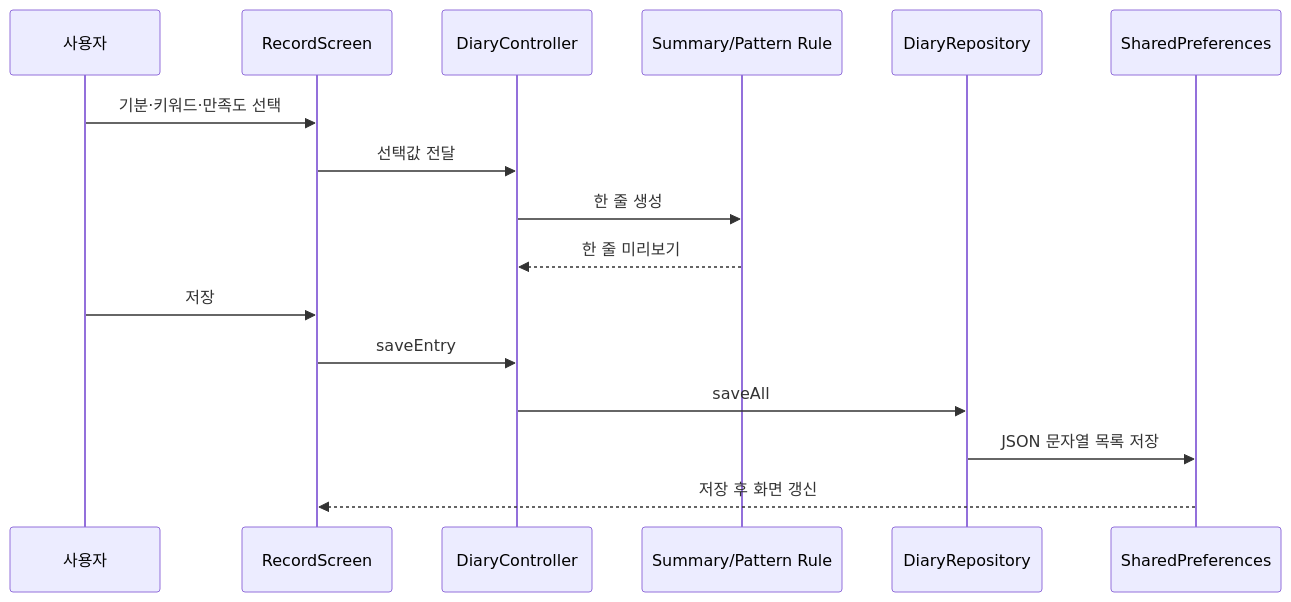
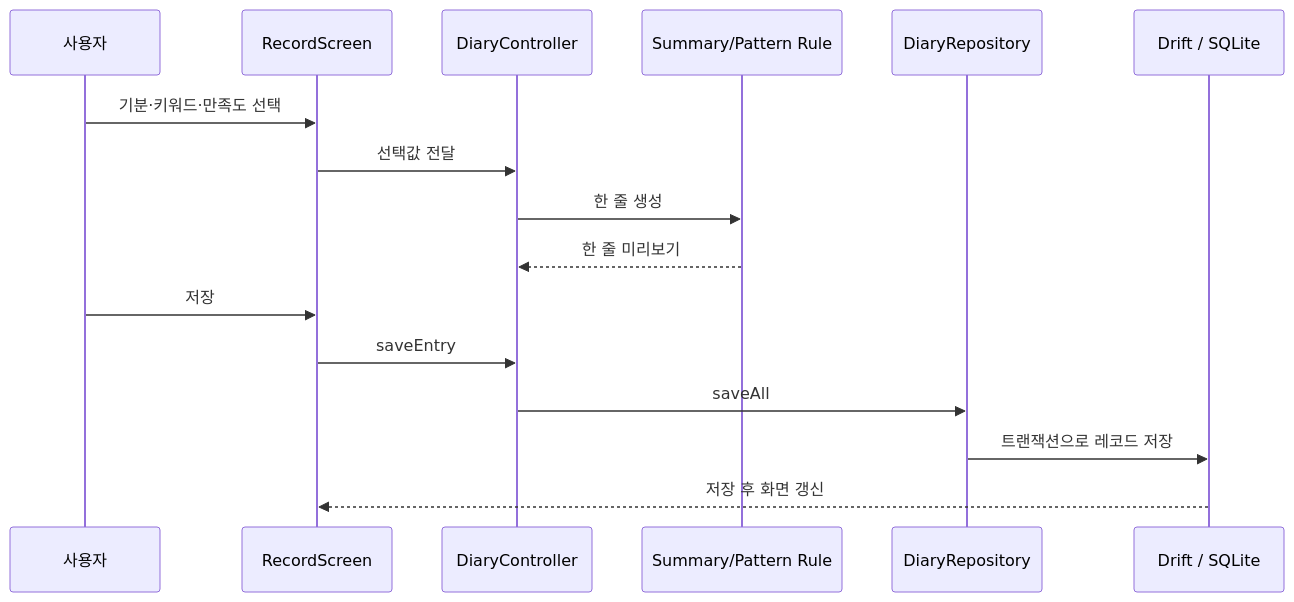
Before and after one commit to yseho031018/rhythm-archive: the second of 2 diagrams in docs/architecture.md, drawn with Mermaid. The commit also changed other lines of this file and 35 other files, not shown here.

````diff
--- a/docs/architecture.md
+++ b/docs/architecture.md
@@ -79,19 +87,19 @@
 ```mermaid
 sequenceDiagram
   participant User as 사용자
   participant Screen as RecordScreen
   participant Controller as DiaryController
   participant Rule as Summary/Pattern Rule
   participant Repo as DiaryRepository
-  participant Storage as SharedPreferences
+  participant Storage as Drift / SQLite
 
   User->>Screen: 기분·키워드·만족도 선택
   Screen->>Controller: 선택값 전달
   Controller->>Rule: 한 줄 생성
   Rule-->>Controller: 한 줄 미리보기
   User->>Screen: 저장
   Screen->>Controller: saveEntry
   Controller->>Repo: saveAll
-  Repo->>Storage: JSON 문자열 목록 저장
+  Repo->>Storage: 트랜잭션으로 레코드 저장
   Storage-->>Screen: 저장 후 화면 갱신
 ```
````
